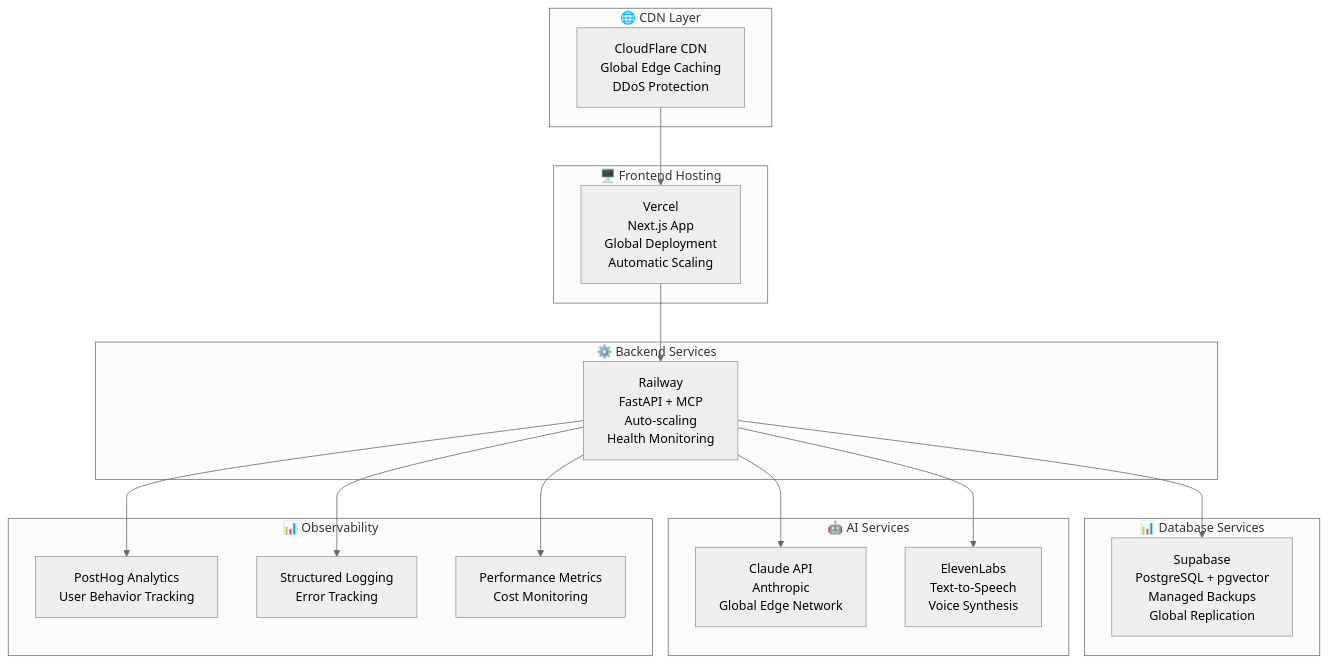
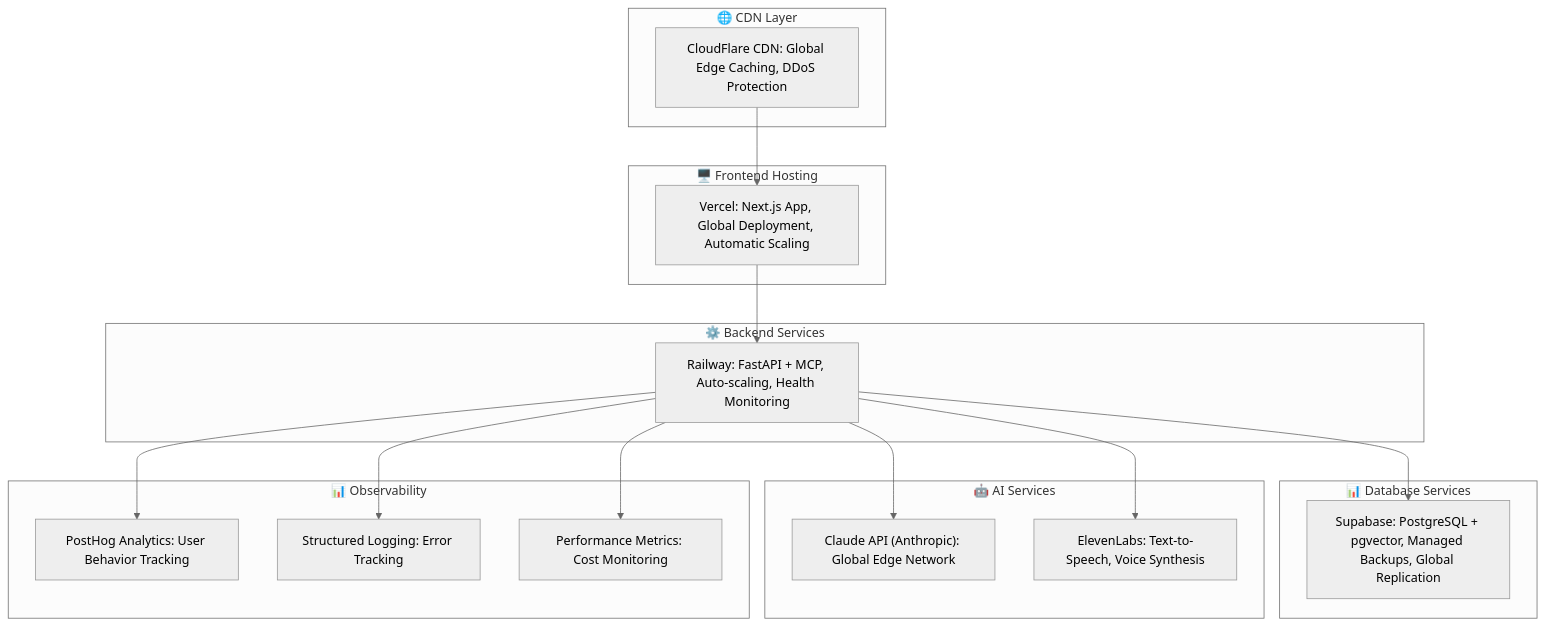
Before and after one commit to LSG-hub/Project-001: the eighth of 8 diagrams in README.md, drawn with Mermaid (neutral theme). The commit also changed other lines of this file, not shown here.

````diff
--- a/README.md
+++ b/README.md
@@ -700,38 +694,38 @@
 ```mermaid
 graph TB
     subgraph CDN["🌐 CDN Layer"]
-        CloudFlare[CloudFlare CDN<br/>Global Edge Caching<br/>DDoS Protection]
+        CloudFlare["CloudFlare CDN: Global Edge Caching, DDoS Protection"]
     end
     
     subgraph Frontend["🖥️ Frontend Hosting"]
-        Vercel[Vercel<br/>Next.js App<br/>Global Deployment<br/>Automatic Scaling]
+        Vercel["Vercel: Next.js App, Global Deployment, Automatic Scaling"]
     end
     
     subgraph Backend["⚙️ Backend Services"]
-        Railway[Railway<br/>FastAPI + MCP<br/>Auto-scaling<br/>Health Monitoring]
+        Railway["Railway: FastAPI + MCP, Auto-scaling, Health Monitoring"]
     end
     
     subgraph Database["📊 Database Services"]
-        SupabaseDB[Supabase<br/>PostgreSQL + pgvector<br/>Managed Backups<br/>Global Replication]
+        SupabaseDB["Supabase: PostgreSQL + pgvector, Managed Backups, Global Replication"]
     end
     
     subgraph External["🤖 AI Services"]
-        Anthropic[Claude API<br/>Anthropic<br/>Global Edge Network]
-        ElevenLabs[ElevenLabs<br/>Text-to-Speech<br/>Voice Synthesis]
+        Anthropic["Claude API (Anthropic): Global Edge Network"]
+        ElevenLabs["ElevenLabs: Text-to-Speech, Voice Synthesis"]
     end
     
     subgraph Monitoring["📊 Observability"]
-        Analytics[PostHog Analytics<br/>User Behavior Tracking]
-        Logs[Structured Logging<br/>Error Tracking]
-        Metrics[Performance Metrics<br/>Cost Monitoring]
+        Analytics["PostHog Analytics: User Behavior Tracking"]
+        Logs["Structured Logging: Error Tracking"]
+        Metrics["Performance Metrics: Cost Monitoring"]
     end
     
     CloudFlare --> Vercel
     Vercel --> Railway
     Railway --> SupabaseDB
     Railway --> Anthropic
     Railway --> ElevenLabs
     Railway --> Analytics
     Railway --> Logs
     Railway --> Metrics
 ```
````
